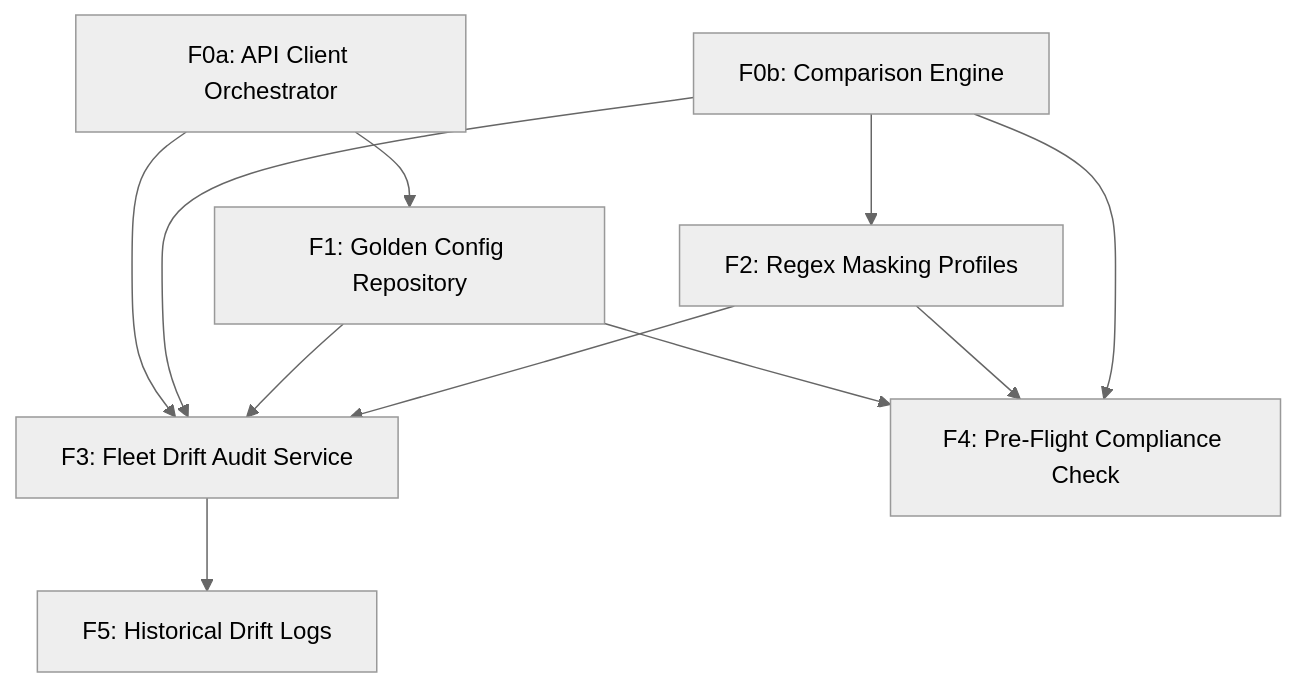
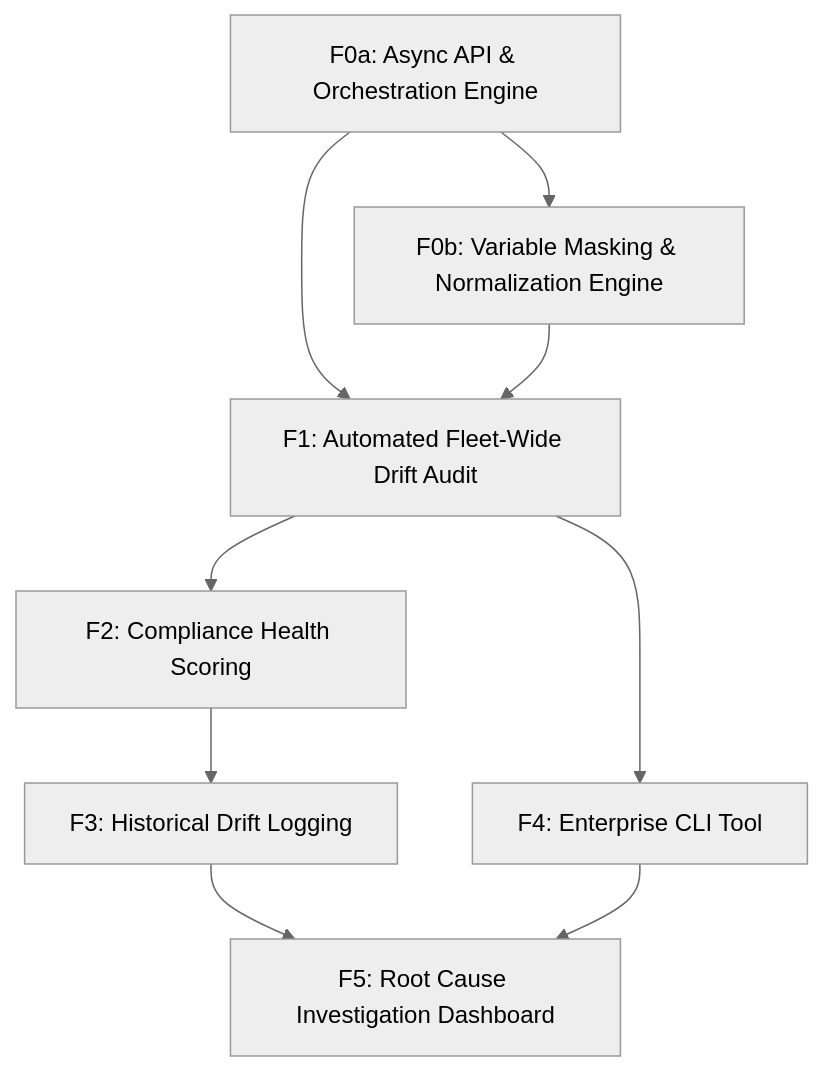
Before and after one commit to davidlapsleyio/shipkode-network-golden-config-drift-monitor: the diagram in specs/feature-map-0a44d5b3.md, drawn with Mermaid (neutral theme). The commit also changed other lines of this file and 2 other files, not shown here.

````diff
--- a/specs/feature-map-0a44d5b3.md
+++ b/specs/feature-map-0a44d5b3.md
@@ -49,20 +49,18 @@
 ```mermaid
 graph TD
-  F0a["F0a: API Client Orchestrator"]
-  F0b["F0b: Comparison Engine"]
-  F1["F1: Golden Config Repository"]
+  F0a["F0a: Async API & Orchestration Engine"]
+  F0b["F0b: Variable Masking & Normalization Engine"]
+  F0a --> F0b
+  F1["F1: Automated Fleet-Wide Drift Audit"]
   F0a --> F1
-  F2["F2: Regex Masking Profiles"]
-  F0b --> F2
-  F3["F3: Fleet Drift Audit Service"]
-  F0a --> F3
-  F0b --> F3
-  F1 --> F3
+  F0b --> F1
+  F2["F2: Compliance Health Scoring"]
+  F1 --> F2
+  F3["F3: Historical Drift Logging"]
   F2 --> F3
-  F4["F4: Pre-Flight Compliance Check"]
+  F4["F4: Enterprise CLI Tool"]
   F1 --> F4
-  F2 --> F4
-  F0b --> F4
-  F5["F5: Historical Drift Logs"]
+  F5["F5: Root Cause Investigation Dashboard"]
   F3 --> F5
+  F4 --> F5
 ```
````
